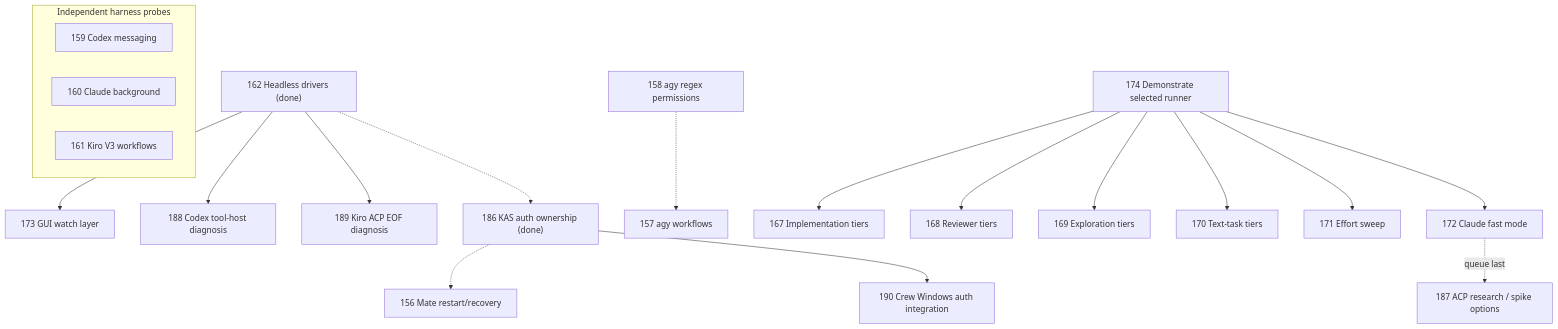
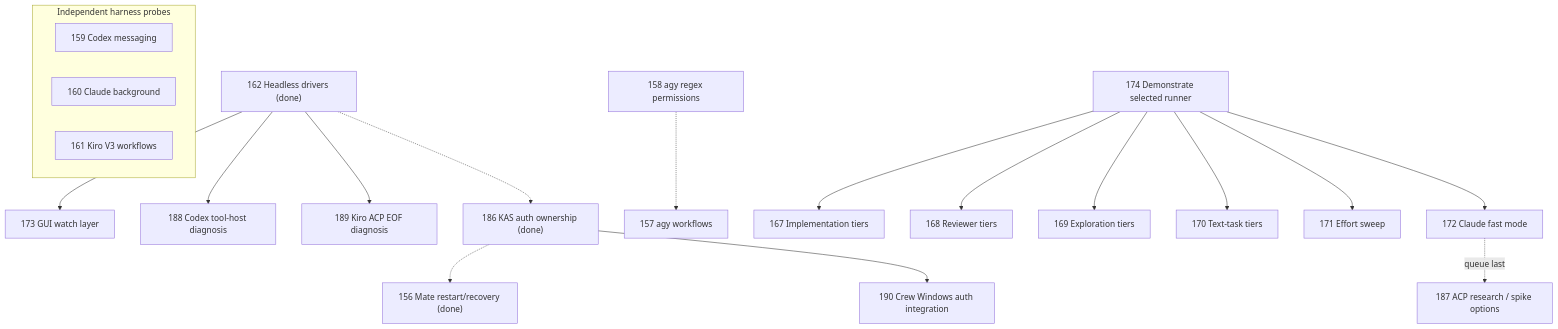
The diagram in docs/plan.md (smileynet/grey-matter), drawn with Mermaid before and after one commit. The commit also changed other lines of this file and 8 other files, not shown here.

````diff
--- a/docs/plan.md
+++ b/docs/plan.md
@@ -218,22 +218,22 @@
 ```mermaid
 flowchart TD
   D162["162 Headless drivers (done)"] --> G173["173 GUI watch layer"]
   D162 --> C188["188 Codex tool-host diagnosis"]
   D162 --> K189["189 Kiro ACP EOF diagnosis"]
   D162 -.-> A186["186 KAS auth ownership (done)"]
-  A186 -.-> M156["156 Mate restart/recovery"]
+  A186 -.-> M156["156 Mate restart/recovery (done)"]
   A186 --> A190["190 Crew Windows auth integration"]
   P158["158 agy regex permissions"] -.-> W157["157 agy workflows"]
   subgraph Other["Independent harness probes"]
     C159["159 Codex messaging"]
     B160["160 Claude background"]
     K161["161 Kiro V3 workflows"]
   end
   R174["174 Demonstrate selected runner"] --> I167["167 Implementation tiers"]
   R174 --> V168["168 Reviewer tiers"]
   R174 --> E169["169 Exploration tiers"]
   R174 --> T170["170 Text-task tiers"]
   R174 --> F171["171 Effort sweep"]
   R174 --> S172["172 Claude fast mode"]
   S172 -. "queue last" .-> Q187["187 ACP research / spike options"]
 ```
````
